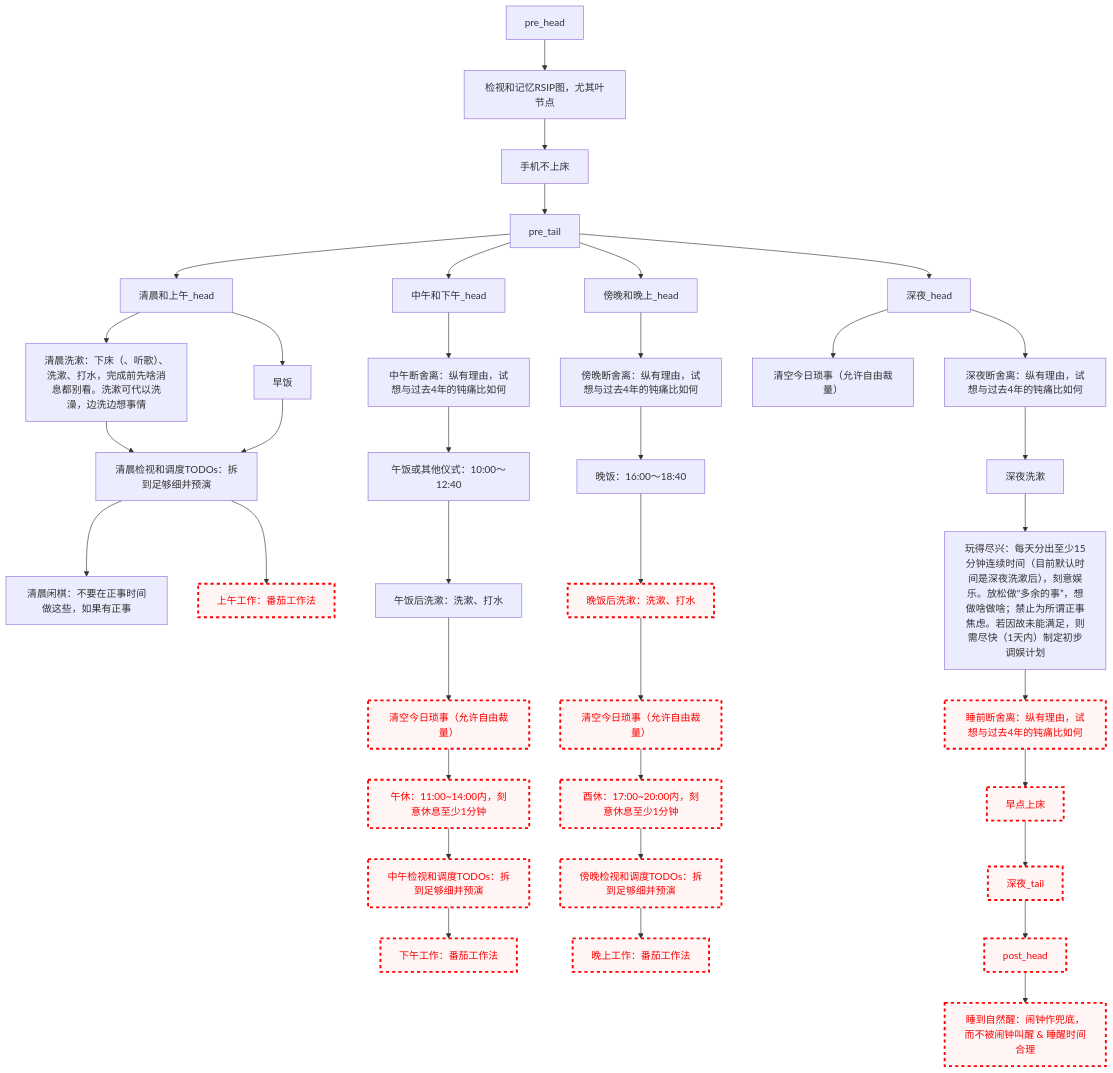
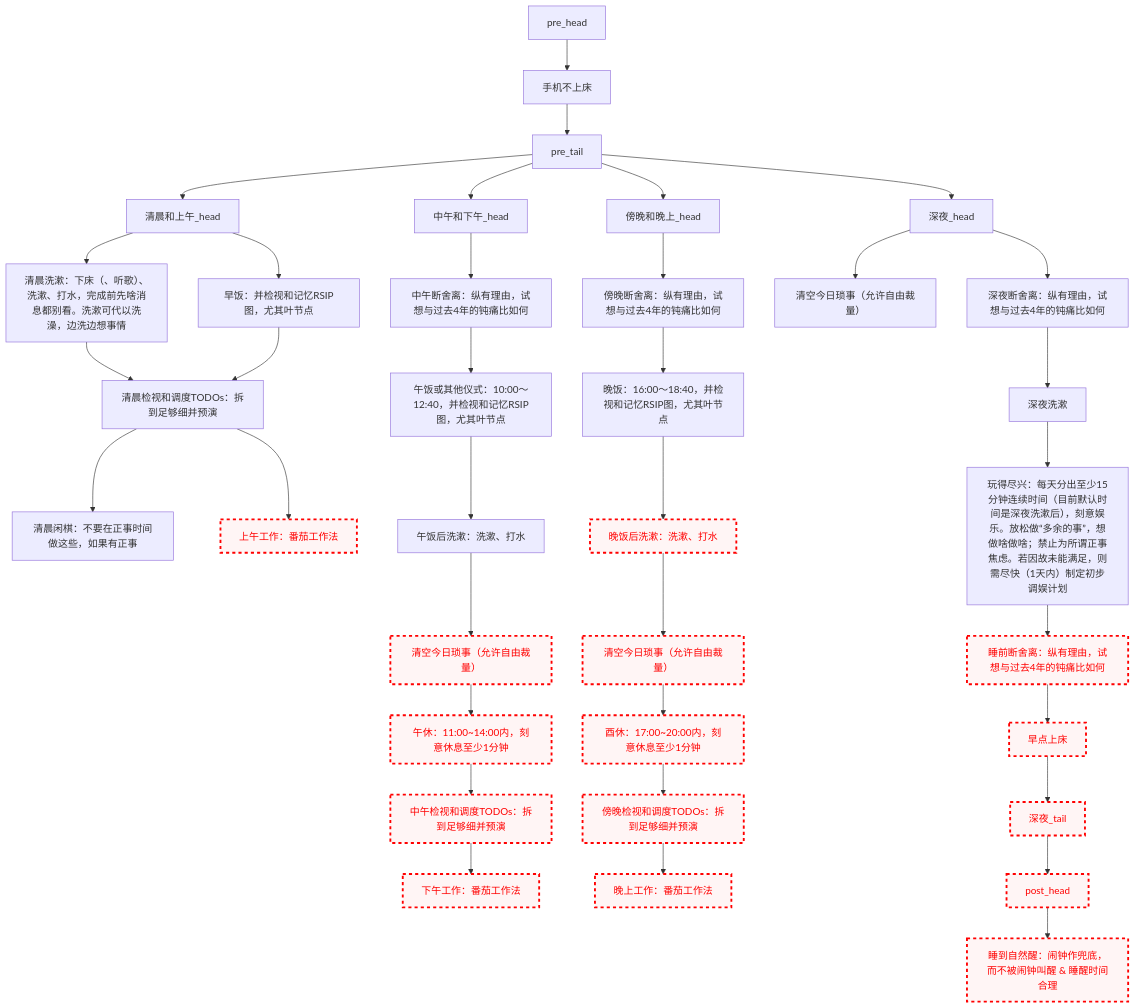
The diagram in README.md (Ethkuil/RSIP-tree), drawn with Mermaid before and after one commit.

Commit message:
move 检视和记忆RSIP图 to 饭中

````diff
--- a/README.md
+++ b/README.md
@@ -21,64 +21,63 @@
 ```mermaid
 graph TD
 
 classDef failed stroke:#ff0000, stroke-width:3px, color:#ff0000, fill:#fff5f5, stroke-dasharray: 5
 
-pre_head --> RSIP[检视和记忆RSIP图，尤其叶节点]
-RSIP --> 手机不上床
+pre_head --> 手机不上床
 手机不上床 --> pre_tail
 
 
 pre_tail --> 清晨和上午_head
 清晨和上午_head --> 清晨洗漱[清晨洗漱：下床（、听歌）、洗漱、打水，完成前先啥消息都别看。洗漱可代以洗澡，边洗边想事情]
-清晨和上午_head --> 早饭
+清晨和上午_head --> 早饭[早饭：并检视和记忆RSIP图，尤其叶节点]
 清晨洗漱 --> 清晨看TODO[清晨检视和调度TODOs：拆到足够细并预演]
 早饭 --> 清晨看TODO
 清晨看TODO --> 清晨闲棋[清晨闲棋：不要在正事时间做这些，如果有正事]
 清晨看TODO --> 上午工作[上午工作：番茄工作法]
 class 上午工作 failed
 
 pre_tail --> 中午和下午_head
 中午和下午_head --> 中午断舍离[中午断舍离：纵有理由，试想与过去4年的钝痛比如何]
-中午断舍离 --> 午饭[午饭或其他仪式：10:00～12:40]
+中午断舍离 --> 午饭[午饭或其他仪式：10:00～12:40，并检视和记忆RSIP图，尤其叶节点]
 午饭 --> 午饭后洗漱[午饭后洗漱：洗漱、打水]
 午饭后洗漱 --> 中午今日琐事[清空今日琐事（允许自由裁量）]
 class 中午今日琐事 failed
 中午今日琐事 --> 午休[午休：11:00~14:00内，刻意休息至少1分钟]
 class 午休 failed
 午休 --> 中午看TODO[中午检视和调度TODOs：拆到足够细并预演]
 class 中午看TODO failed
 中午看TODO --> 下午工作[下午工作：番茄工作法]
 class 下午工作 failed
 
 pre_tail --> 傍晚和晚上_head
 傍晚和晚上_head --> 傍晚断舍离[傍晚断舍离：纵有理由，试想与过去4年的钝痛比如何]
-傍晚断舍离 --> 晚饭[晚饭：16:00～18:40]
+傍晚断舍离 --> 晚饭[晚饭：16:00～18:40，并检视和记忆RSIP图，尤其叶节点]
 晚饭 --> 晚饭后洗漱[晚饭后洗漱：洗漱、打水]
 class 晚饭后洗漱 failed
 晚饭后洗漱 --> 傍晚今日琐事[清空今日琐事（允许自由裁量）]
 class 傍晚今日琐事 failed
 傍晚今日琐事 --> 酉休[酉休：17:00~20:00内，刻意休息至少1分钟]
 class 酉休 failed
 酉休 --> 傍晚看TODO[傍晚检视和调度TODOs：拆到足够细并预演]
 class 傍晚看TODO failed
 傍晚看TODO --> 晚上工作[晚上工作：番茄工作法]
 class 晚上工作 failed
 
 pre_tail --> 深夜_head
 深夜_head --> 深夜今日琐事[清空今日琐事（允许自由裁量）]
 深夜_head --> 深夜断舍离[深夜断舍离：纵有理由，试想与过去4年的钝痛比如何]
 深夜断舍离 --> 深夜洗漱
 深夜洗漱 --> 玩得尽兴[玩得尽兴：每天分出至少15分钟连续时间（目前默认时间是深夜洗漱后），刻意娱乐。放松做“多余的事”，想做啥做啥；禁止为所谓正事焦虑。若因故未能满足，则需尽快（1天内）制定初步调娱计划]
 玩得尽兴 --> 睡前断舍离[睡前断舍离：纵有理由，试想与过去4年的钝痛比如何]
 class 睡前断舍离 failed
 睡前断舍离 --> 早点上床
 class 早点上床 failed
 早点上床 --> 深夜_tail
 class 深夜_tail failed
 
 
 深夜_tail --> post_head
 class post_head failed
 post_head --> 睡到自然醒[睡到自然醒：闹钟作兜底，而不被闹钟叫醒 & 睡醒时间合理]
 class 睡到自然醒 failed
 ```
````
